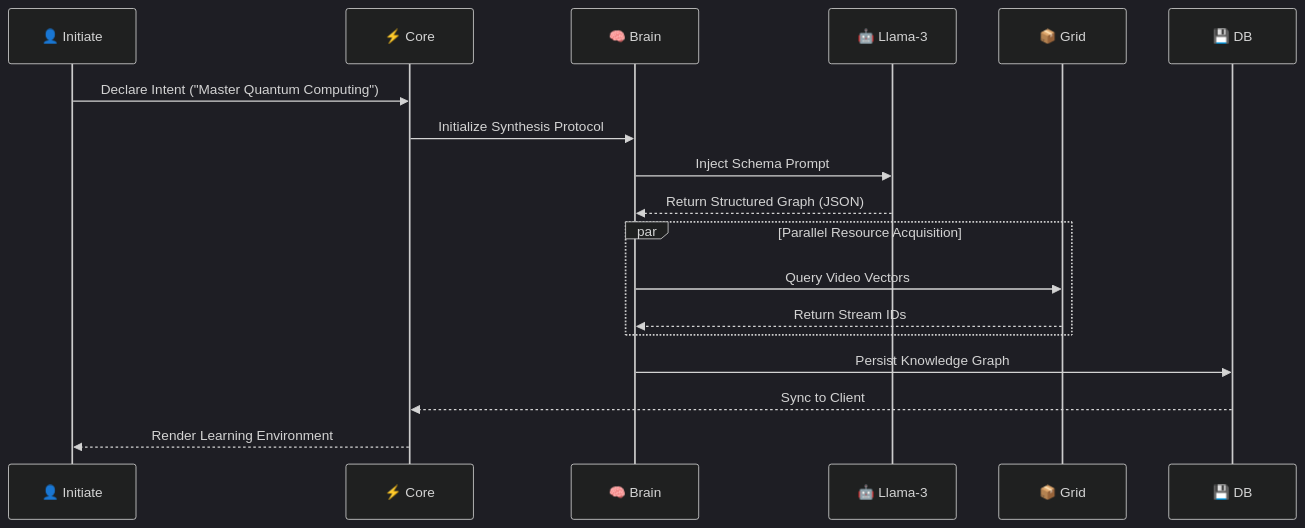
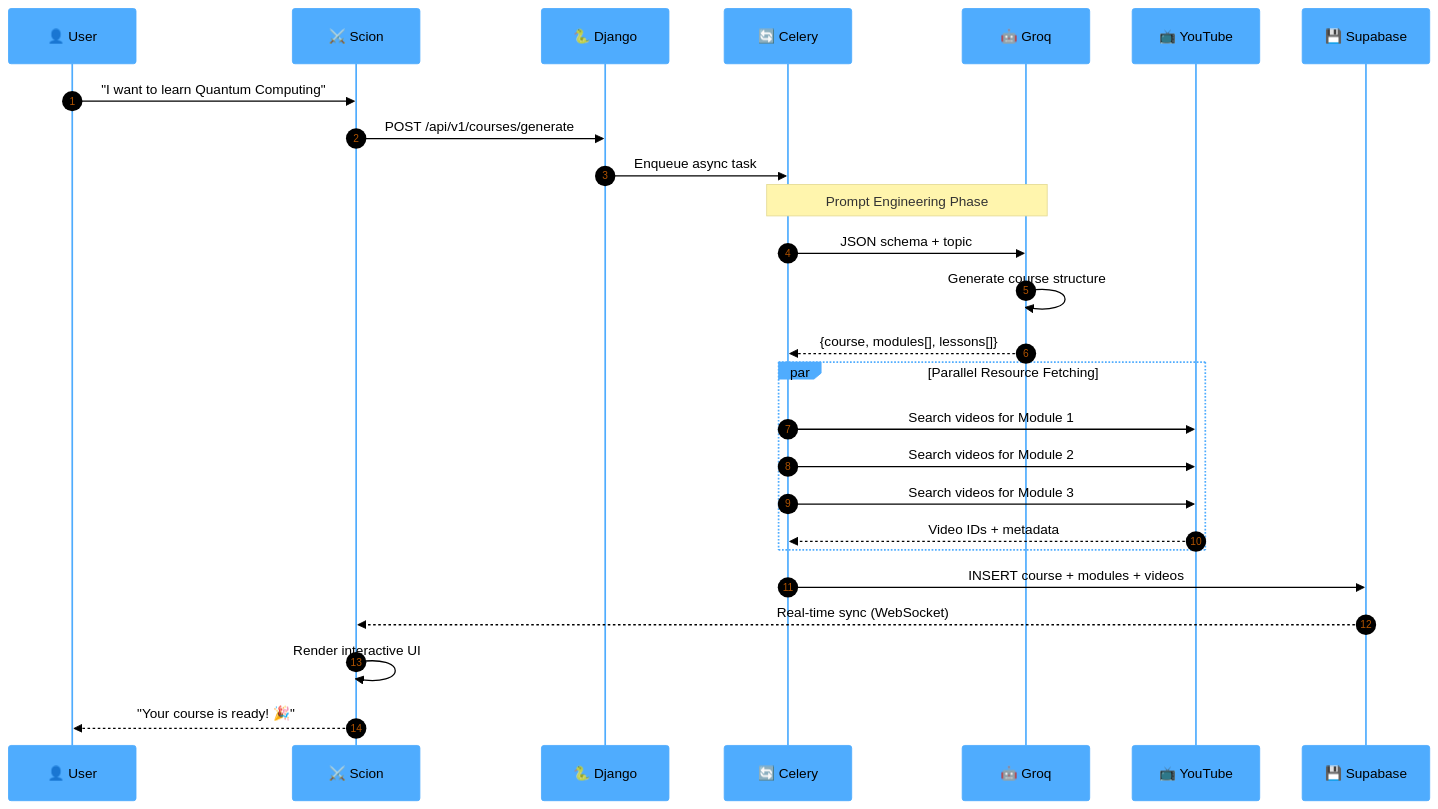
The third of 5 diagrams in README.md (dhanasai2/SovreignyX_Final), drawn with Mermaid before and after one commit. The commit also changed other lines of this file, not shown here.

````diff
--- a/README.md
+++ b/README.md
@@ -311,24 +744,33 @@
 ```mermaid
-%%{init: {'theme': 'dark', 'themeVariables': { 'darkMode': true, 'fontFamily': 'monospace', 'primaryColor': '#1a2a6c', 'edgeLabelBackground':'#000' }}}%%
+%%{init: {'theme':'base', 'themeVariables': { 'primaryColor':'#4facfe','primaryTextColor':'#000','primaryBorderColor':'#4facfe','lineColor':'#4facfe','secondaryColor':'#a0c4ff','tertiaryColor':'#fff'}}}%%
 sequenceDiagram
-    participant User as 👤 Initiate
-    participant Scion_Core as ⚡ Core
-    participant Neural_Engine as 🧠 Brain
-    participant Groq_LLM as 🤖 Llama-3
-    participant Content_Grid as 📦 Grid
-    participant Supabase_DB as 💾 DB
+    autonumber
+    participant U as 👤 User
+    participant S as ⚔️ Scion
+    participant D as 🐍 Django
+    participant C as 🔄 Celery
+    participant G as 🤖 Groq
+    participant Y as 📺 YouTube
+    participant DB as 💾 Supabase
 
-    User->>Scion_Core: Declare Intent ("Master Quantum Computing")
-    Scion_Core->>Neural_Engine: Initialize Synthesis Protocol
-    Neural_Engine->>Groq_LLM: Inject Schema Prompt
-    Groq_LLM-->>Neural_Engine: Return Structured Graph (JSON)
+    U->>S: "I want to learn Quantum Computing"
+    S->>D: POST /api/v1/courses/generate
+    D->>C: Enqueue async task
 
-    par Parallel Resource Acquisition
-        Neural_Engine->>Content_Grid: Query Video Vectors
-        Content_Grid-->>Neural_Engine: Return Stream IDs
+    Note over C,G: Prompt Engineering Phase
+    C->>G: JSON schema + topic
+    G->>G: Generate course structure
+    G-->>C: {course, modules[], lessons[]}
+
+    par Parallel Resource Fetching
+        C->>Y: Search videos for Module 1
+        C->>Y: Search videos for Module 2
+        C->>Y: Search videos for Module 3
+        Y-->>C: Video IDs + metadata
     end
 
-    Neural_Engine->>Supabase_DB: Persist Knowledge Graph
-    Supabase_DB-->>Scion_Core: Sync to Client
-    Scion_Core-->>User: Render Learning Environment
+    C->>DB: INSERT course + modules + videos
+    DB-->>S: Real-time sync (WebSocket)
+    S->>S: Render interactive UI
+    S-->>U: "Your course is ready! 🎉"
 ```
````
